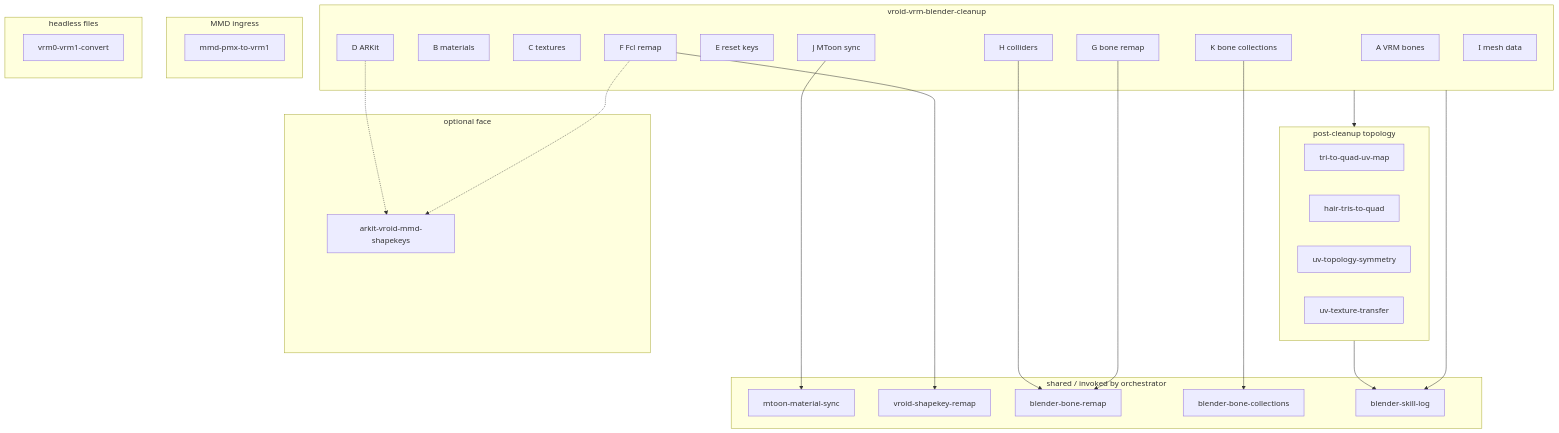
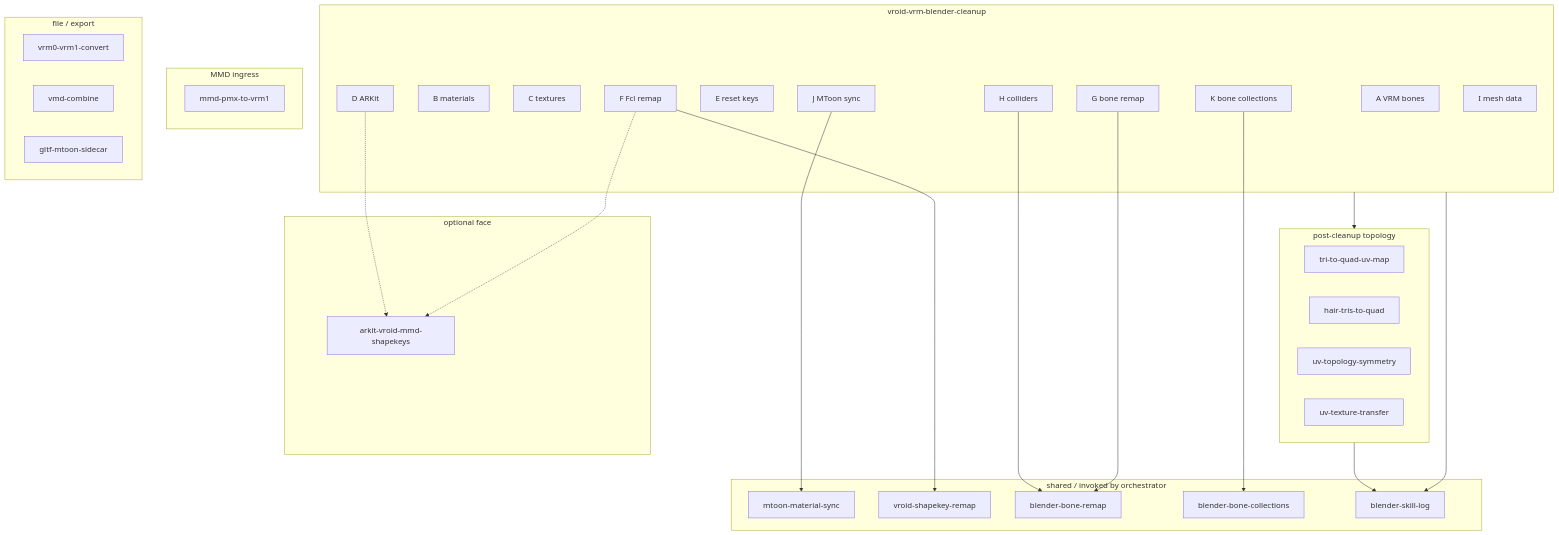
One commit to miramocha/blender-skills-and-rules changed the second of 8 diagrams in skills/README.md. Above: the diagram before and after it, drawn with Mermaid. The commit also changed other lines of this file and 7 other files, not shown here.

First line of the commit message:
feat(gltf): add non-humanoid GLB + MToon sidecar skill

````diff
--- a/skills/README.md
+++ b/skills/README.md
@@ -53,54 +53,56 @@
 ```mermaid
 flowchart TB
   subgraph orchestrator [vroid-vrm-blender-cleanup]
     A[A VRM bones]
     B[B materials]
     C[C textures]
     D[D ARKit]
     E[E reset keys]
     J[J MToon sync]
     F[F Fcl remap]
     G[G bone remap]
     K[K bone collections]
     H[H colliders]
     I[I mesh data]
   end
 
   subgraph topology [post-cleanup topology]
     TQ[tri-to-quad-uv-map]
     HQ[hair-tris-to-quad]
     UV[uv-topology-symmetry]
     UXT[uv-texture-transfer]
   end
 
   subgraph libs [shared / invoked by orchestrator]
     MTOON[mtoon-material-sync]
     SHAPE[vroid-shapekey-remap]
     BONE[blender-bone-remap]
     BC[blender-bone-collections]
     LOG[blender-skill-log]
   end
 
   subgraph optionalFace [optional face]
     MMD[arkit-vroid-mmd-shapekeys]
   end
 
   subgraph ingress [MMD ingress]
     PMX[mmd-pmx-to-vrm1]
   end
 
-  subgraph files [headless files]
+  subgraph files [file / export]
     VRMCONV[vrm0-vrm1-convert]
+    VMDCOMB[vmd-combine]
+    GLTFMTOON[gltf-mtoon-sidecar]
   end
 
   J --> MTOON
   F --> SHAPE
   G --> BONE
   H --> BONE
   K --> BC
   F -.-> MMD
   D -.-> MMD
   orchestrator --> LOG
   topology --> LOG
   orchestrator --> topology
 ```
````
